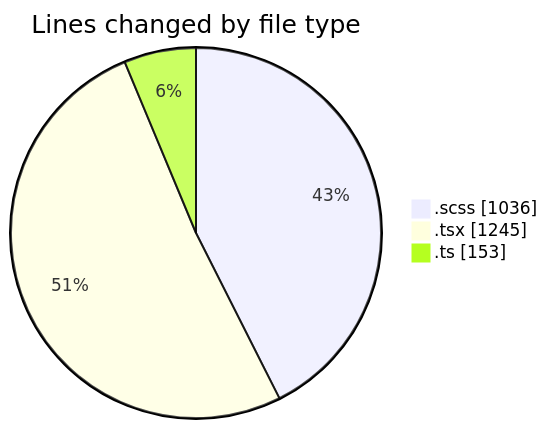
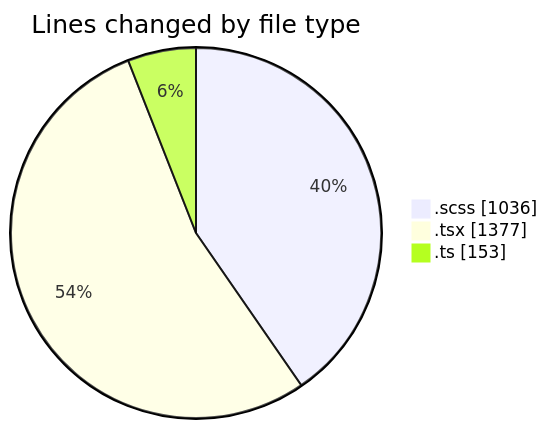
The first of 2 diagrams in 2025-03-28/cda/README.md (momahboobian/code-tracking), drawn with Mermaid before and after one commit. The commit also changed other lines of this file and 1 other file, not shown here.

````diff
--- a/2025-03-28/cda/README.md
+++ b/2025-03-28/cda/README.md
@@ -27,7 +27,7 @@
 ```mermaid
 pie showData
 title Lines changed by file type
 ".scss" : 1036
-".tsx" : 1245
+".tsx" : 1377
 ".ts" : 153
 ```
````
